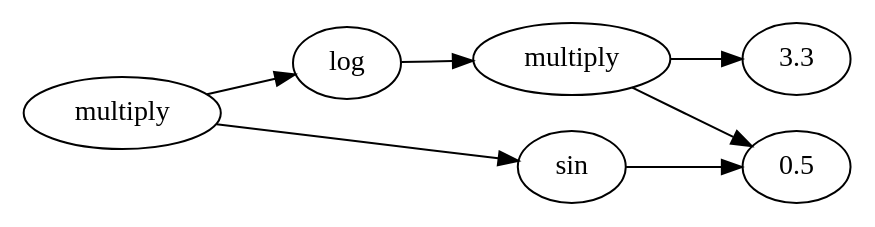
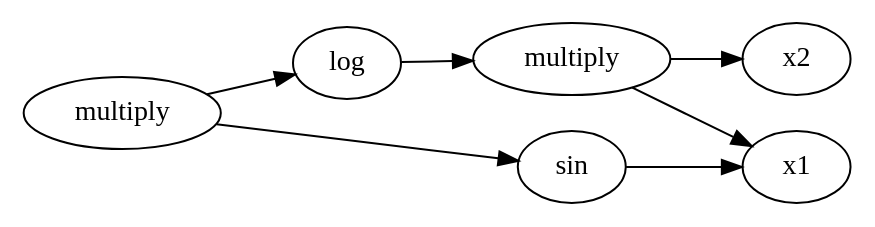
One commit to WackAlley/worksheet changed the diagram in project2/graph_out/tt/function1.gv. Above: the diagram before and after it, drawn with Graphviz. The commit also changed 11 other files, not shown here.

```diff
--- a/project2/graph_out/tt/function1.gv
+++ b/project2/graph_out/tt/function1.gv
@@ -1,16 +1,16 @@
 digraph function1 {
 	rankdir=LR
-	140133345460304 [label=multiply]
-	140130321056144 [label=log]
-	140133345460304 -> 140130321056144
-	140130332501264 [label=multiply]
-	140130321056144 -> 140130332501264
-	140130325591888 [label=0.5]
-	140130332501264 -> 140130325591888
-	140130325593808 [label=3.3]
-	140130332501264 -> 140130325593808
-	140130321056784 [label=sin]
-	140133345460304 -> 140130321056784
-	140130325591888 [label=0.5]
-	140130321056784 -> 140130325591888
+	139896287211776 [label=multiply]
+	139896267255760 [label=log]
+	139896287211776 -> 139896267255760
+	139899301834304 [label=multiply]
+	139896267255760 -> 139899301834304
+	139896267254160 [label=x1]
+	139899301834304 -> 139896267254160
+	139896267254480 [label=x2]
+	139899301834304 -> 139896267254480
+	139896267256080 [label=sin]
+	139896287211776 -> 139896267256080
+	139896267254160 [label=x1]
+	139896267256080 -> 139896267254160
 }
```
